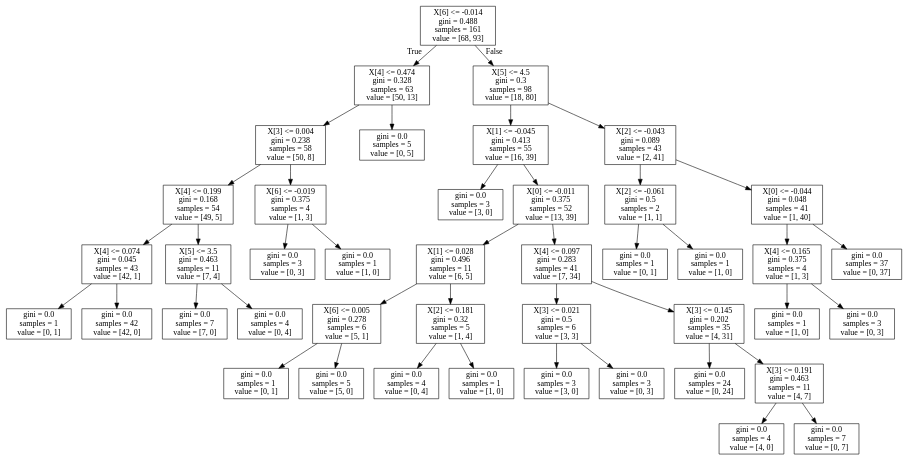
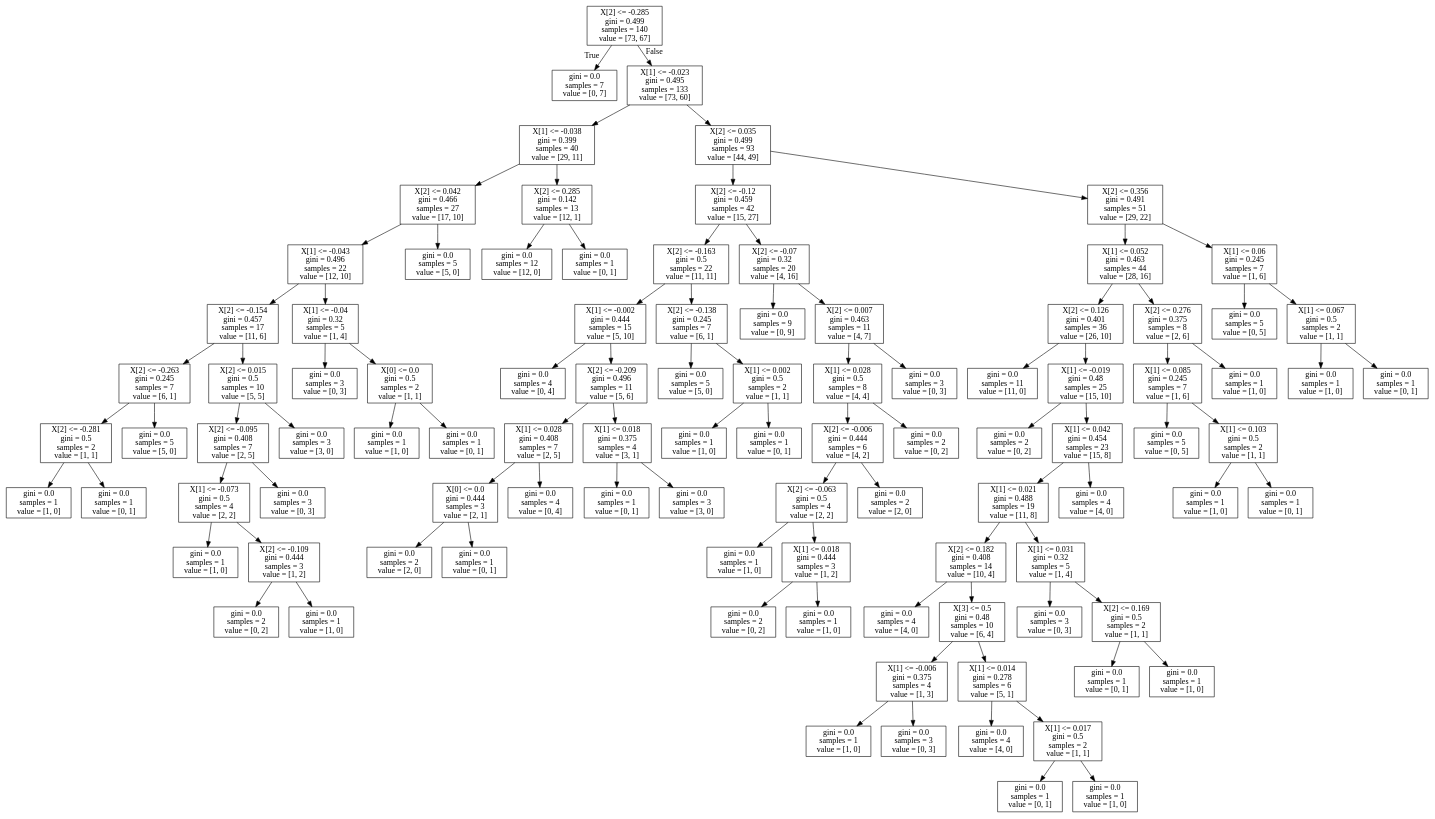
One commit to LimboRift/wkzq changed the diagram in tre.dot. Above: the diagram before and after it, drawn with Graphviz. The commit also changed 19 other files, not shown here.

```diff
--- a/tre.dot
+++ b/tre.dot
@@ -1,88 +1,200 @@
 digraph Tree {
 node [shape=box] ;
-0 [label="X[6] <= -0.014\ngini = 0.488\nsamples = 161\nvalue = [68, 93]"] ;
-1 [label="X[4] <= 0.474\ngini = 0.328\nsamples = 63\nvalue = [50, 13]"] ;
+0 [label="X[2] <= -0.285\ngini = 0.499\nsamples = 140\nvalue = [73, 67]"] ;
+1 [label="gini = 0.0\nsamples = 7\nvalue = [0, 7]"] ;
 0 -> 1 [labeldistance=2.5, labelangle=45, headlabel="True"] ;
-2 [label="X[3] <= 0.004\ngini = 0.238\nsamples = 58\nvalue = [50, 8]"] ;
-1 -> 2 ;
-3 [label="X[4] <= 0.199\ngini = 0.168\nsamples = 54\nvalue = [49, 5]"] ;
+2 [label="X[1] <= -0.023\ngini = 0.495\nsamples = 133\nvalue = [73, 60]"] ;
+0 -> 2 [labeldistance=2.5, labelangle=-45, headlabel="False"] ;
+3 [label="X[1] <= -0.038\ngini = 0.399\nsamples = 40\nvalue = [29, 11]"] ;
 2 -> 3 ;
-4 [label="X[4] <= 0.074\ngini = 0.045\nsamples = 43\nvalue = [42, 1]"] ;
+4 [label="X[2] <= 0.042\ngini = 0.466\nsamples = 27\nvalue = [17, 10]"] ;
 3 -> 4 ;
-5 [label="gini = 0.0\nsamples = 1\nvalue = [0, 1]"] ;
+5 [label="X[1] <= -0.043\ngini = 0.496\nsamples = 22\nvalue = [12, 10]"] ;
 4 -> 5 ;
-6 [label="gini = 0.0\nsamples = 42\nvalue = [42, 0]"] ;
-4 -> 6 ;
-7 [label="X[5] <= 3.5\ngini = 0.463\nsamples = 11\nvalue = [7, 4]"] ;
-3 -> 7 ;
-8 [label="gini = 0.0\nsamples = 7\nvalue = [7, 0]"] ;
+6 [label="X[2] <= -0.154\ngini = 0.457\nsamples = 17\nvalue = [11, 6]"] ;
+5 -> 6 ;
+7 [label="X[2] <= -0.263\ngini = 0.245\nsamples = 7\nvalue = [6, 1]"] ;
+6 -> 7 ;
+8 [label="X[2] <= -0.281\ngini = 0.5\nsamples = 2\nvalue = [1, 1]"] ;
 7 -> 8 ;
-9 [label="gini = 0.0\nsamples = 4\nvalue = [0, 4]"] ;
-7 -> 9 ;
-10 [label="X[6] <= -0.019\ngini = 0.375\nsamples = 4\nvalue = [1, 3]"] ;
-2 -> 10 ;
-11 [label="gini = 0.0\nsamples = 3\nvalue = [0, 3]"] ;
-10 -> 11 ;
-12 [label="gini = 0.0\nsamples = 1\nvalue = [1, 0]"] ;
-10 -> 12 ;
-13 [label="gini = 0.0\nsamples = 5\nvalue = [0, 5]"] ;
-1 -> 13 ;
-14 [label="X[5] <= 4.5\ngini = 0.3\nsamples = 98\nvalue = [18, 80]"] ;
-0 -> 14 [labeldistance=2.5, labelangle=-45, headlabel="False"] ;
-15 [label="X[1] <= -0.045\ngini = 0.413\nsamples = 55\nvalue = [16, 39]"] ;
+9 [label="gini = 0.0\nsamples = 1\nvalue = [1, 0]"] ;
+8 -> 9 ;
+10 [label="gini = 0.0\nsamples = 1\nvalue = [0, 1]"] ;
+8 -> 10 ;
+11 [label="gini = 0.0\nsamples = 5\nvalue = [5, 0]"] ;
+7 -> 11 ;
+12 [label="X[2] <= 0.015\ngini = 0.5\nsamples = 10\nvalue = [5, 5]"] ;
+6 -> 12 ;
+13 [label="X[2] <= -0.095\ngini = 0.408\nsamples = 7\nvalue = [2, 5]"] ;
+12 -> 13 ;
+14 [label="X[1] <= -0.073\ngini = 0.5\nsamples = 4\nvalue = [2, 2]"] ;
+13 -> 14 ;
+15 [label="gini = 0.0\nsamples = 1\nvalue = [1, 0]"] ;
 14 -> 15 ;
-16 [label="gini = 0.0\nsamples = 3\nvalue = [3, 0]"] ;
-15 -> 16 ;
-17 [label="X[0] <= -0.011\ngini = 0.375\nsamples = 52\nvalue = [13, 39]"] ;
-15 -> 17 ;
-18 [label="X[1] <= 0.028\ngini = 0.496\nsamples = 11\nvalue = [6, 5]"] ;
-17 -> 18 ;
-19 [label="X[6] <= 0.005\ngini = 0.278\nsamples = 6\nvalue = [5, 1]"] ;
-18 -> 19 ;
-20 [label="gini = 0.0\nsamples = 1\nvalue = [0, 1]"] ;
-19 -> 20 ;
-21 [label="gini = 0.0\nsamples = 5\nvalue = [5, 0]"] ;
-19 -> 21 ;
-22 [label="X[2] <= 0.181\ngini = 0.32\nsamples = 5\nvalue = [1, 4]"] ;
-18 -> 22 ;
-23 [label="gini = 0.0\nsamples = 4\nvalue = [0, 4]"] ;
-22 -> 23 ;
+16 [label="X[2] <= -0.109\ngini = 0.444\nsamples = 3\nvalue = [1, 2]"] ;
+14 -> 16 ;
+17 [label="gini = 0.0\nsamples = 2\nvalue = [0, 2]"] ;
+16 -> 17 ;
+18 [label="gini = 0.0\nsamples = 1\nvalue = [1, 0]"] ;
+16 -> 18 ;
+19 [label="gini = 0.0\nsamples = 3\nvalue = [0, 3]"] ;
+13 -> 19 ;
+20 [label="gini = 0.0\nsamples = 3\nvalue = [3, 0]"] ;
+12 -> 20 ;
+21 [label="X[1] <= -0.04\ngini = 0.32\nsamples = 5\nvalue = [1, 4]"] ;
+5 -> 21 ;
+22 [label="gini = 0.0\nsamples = 3\nvalue = [0, 3]"] ;
+21 -> 22 ;
+23 [label="X[0] <= 0.0\ngini = 0.5\nsamples = 2\nvalue = [1, 1]"] ;
+21 -> 23 ;
 24 [label="gini = 0.0\nsamples = 1\nvalue = [1, 0]"] ;
-22 -> 24 ;
-25 [label="X[4] <= 0.097\ngini = 0.283\nsamples = 41\nvalue = [7, 34]"] ;
-17 -> 25 ;
-26 [label="X[3] <= 0.021\ngini = 0.5\nsamples = 6\nvalue = [3, 3]"] ;
-25 -> 26 ;
-27 [label="gini = 0.0\nsamples = 3\nvalue = [3, 0]"] ;
-26 -> 27 ;
-28 [label="gini = 0.0\nsamples = 3\nvalue = [0, 3]"] ;
-26 -> 28 ;
-29 [label="X[3] <= 0.145\ngini = 0.202\nsamples = 35\nvalue = [4, 31]"] ;
-25 -> 29 ;
-30 [label="gini = 0.0\nsamples = 24\nvalue = [0, 24]"] ;
-29 -> 30 ;
-31 [label="X[3] <= 0.191\ngini = 0.463\nsamples = 11\nvalue = [4, 7]"] ;
-29 -> 31 ;
-32 [label="gini = 0.0\nsamples = 4\nvalue = [4, 0]"] ;
+23 -> 24 ;
+25 [label="gini = 0.0\nsamples = 1\nvalue = [0, 1]"] ;
+23 -> 25 ;
+26 [label="gini = 0.0\nsamples = 5\nvalue = [5, 0]"] ;
+4 -> 26 ;
+27 [label="X[2] <= 0.285\ngini = 0.142\nsamples = 13\nvalue = [12, 1]"] ;
+3 -> 27 ;
+28 [label="gini = 0.0\nsamples = 12\nvalue = [12, 0]"] ;
+27 -> 28 ;
+29 [label="gini = 0.0\nsamples = 1\nvalue = [0, 1]"] ;
+27 -> 29 ;
+30 [label="X[2] <= 0.035\ngini = 0.499\nsamples = 93\nvalue = [44, 49]"] ;
+2 -> 30 ;
+31 [label="X[2] <= -0.12\ngini = 0.459\nsamples = 42\nvalue = [15, 27]"] ;
+30 -> 31 ;
+32 [label="X[2] <= -0.163\ngini = 0.5\nsamples = 22\nvalue = [11, 11]"] ;
 31 -> 32 ;
-33 [label="gini = 0.0\nsamples = 7\nvalue = [0, 7]"] ;
-31 -> 33 ;
-34 [label="X[2] <= -0.043\ngini = 0.089\nsamples = 43\nvalue = [2, 41]"] ;
-14 -> 34 ;
-35 [label="X[2] <= -0.061\ngini = 0.5\nsamples = 2\nvalue = [1, 1]"] ;
-34 -> 35 ;
-36 [label="gini = 0.0\nsamples = 1\nvalue = [0, 1]"] ;
+33 [label="X[1] <= -0.002\ngini = 0.444\nsamples = 15\nvalue = [5, 10]"] ;
+32 -> 33 ;
+34 [label="gini = 0.0\nsamples = 4\nvalue = [0, 4]"] ;
+33 -> 34 ;
+35 [label="X[2] <= -0.209\ngini = 0.496\nsamples = 11\nvalue = [5, 6]"] ;
+33 -> 35 ;
+36 [label="X[1] <= 0.028\ngini = 0.408\nsamples = 7\nvalue = [2, 5]"] ;
 35 -> 36 ;
-37 [label="gini = 0.0\nsamples = 1\nvalue = [1, 0]"] ;
-35 -> 37 ;
-38 [label="X[0] <= -0.044\ngini = 0.048\nsamples = 41\nvalue = [1, 40]"] ;
-34 -> 38 ;
-39 [label="X[4] <= 0.165\ngini = 0.375\nsamples = 4\nvalue = [1, 3]"] ;
-38 -> 39 ;
-40 [label="gini = 0.0\nsamples = 1\nvalue = [1, 0]"] ;
-39 -> 40 ;
-41 [label="gini = 0.0\nsamples = 3\nvalue = [0, 3]"] ;
-39 -> 41 ;
-42 [label="gini = 0.0\nsamples = 37\nvalue = [0, 37]"] ;
-38 -> 42 ;
+37 [label="X[0] <= 0.0\ngini = 0.444\nsamples = 3\nvalue = [2, 1]"] ;
+36 -> 37 ;
+38 [label="gini = 0.0\nsamples = 2\nvalue = [2, 0]"] ;
+37 -> 38 ;
+39 [label="gini = 0.0\nsamples = 1\nvalue = [0, 1]"] ;
+37 -> 39 ;
+40 [label="gini = 0.0\nsamples = 4\nvalue = [0, 4]"] ;
+36 -> 40 ;
+41 [label="X[1] <= 0.018\ngini = 0.375\nsamples = 4\nvalue = [3, 1]"] ;
+35 -> 41 ;
+42 [label="gini = 0.0\nsamples = 1\nvalue = [0, 1]"] ;
+41 -> 42 ;
+43 [label="gini = 0.0\nsamples = 3\nvalue = [3, 0]"] ;
+41 -> 43 ;
+44 [label="X[2] <= -0.138\ngini = 0.245\nsamples = 7\nvalue = [6, 1]"] ;
+32 -> 44 ;
+45 [label="gini = 0.0\nsamples = 5\nvalue = [5, 0]"] ;
+44 -> 45 ;
+46 [label="X[1] <= 0.002\ngini = 0.5\nsamples = 2\nvalue = [1, 1]"] ;
+44 -> 46 ;
+47 [label="gini = 0.0\nsamples = 1\nvalue = [1, 0]"] ;
+46 -> 47 ;
+48 [label="gini = 0.0\nsamples = 1\nvalue = [0, 1]"] ;
+46 -> 48 ;
+49 [label="X[2] <= -0.07\ngini = 0.32\nsamples = 20\nvalue = [4, 16]"] ;
+31 -> 49 ;
+50 [label="gini = 0.0\nsamples = 9\nvalue = [0, 9]"] ;
+49 -> 50 ;
+51 [label="X[2] <= 0.007\ngini = 0.463\nsamples = 11\nvalue = [4, 7]"] ;
+49 -> 51 ;
+52 [label="X[1] <= 0.028\ngini = 0.5\nsamples = 8\nvalue = [4, 4]"] ;
+51 -> 52 ;
+53 [label="X[2] <= -0.006\ngini = 0.444\nsamples = 6\nvalue = [4, 2]"] ;
+52 -> 53 ;
+54 [label="X[2] <= -0.063\ngini = 0.5\nsamples = 4\nvalue = [2, 2]"] ;
+53 -> 54 ;
+55 [label="gini = 0.0\nsamples = 1\nvalue = [1, 0]"] ;
+54 -> 55 ;
+56 [label="X[1] <= 0.018\ngini = 0.444\nsamples = 3\nvalue = [1, 2]"] ;
+54 -> 56 ;
+57 [label="gini = 0.0\nsamples = 2\nvalue = [0, 2]"] ;
+56 -> 57 ;
+58 [label="gini = 0.0\nsamples = 1\nvalue = [1, 0]"] ;
+56 -> 58 ;
+59 [label="gini = 0.0\nsamples = 2\nvalue = [2, 0]"] ;
+53 -> 59 ;
+60 [label="gini = 0.0\nsamples = 2\nvalue = [0, 2]"] ;
+52 -> 60 ;
+61 [label="gini = 0.0\nsamples = 3\nvalue = [0, 3]"] ;
+51 -> 61 ;
+62 [label="X[2] <= 0.356\ngini = 0.491\nsamples = 51\nvalue = [29, 22]"] ;
+30 -> 62 ;
+63 [label="X[1] <= 0.052\ngini = 0.463\nsamples = 44\nvalue = [28, 16]"] ;
+62 -> 63 ;
+64 [label="X[2] <= 0.126\ngini = 0.401\nsamples = 36\nvalue = [26, 10]"] ;
+63 -> 64 ;
+65 [label="gini = 0.0\nsamples = 11\nvalue = [11, 0]"] ;
+64 -> 65 ;
+66 [label="X[1] <= -0.019\ngini = 0.48\nsamples = 25\nvalue = [15, 10]"] ;
+64 -> 66 ;
+67 [label="gini = 0.0\nsamples = 2\nvalue = [0, 2]"] ;
+66 -> 67 ;
+68 [label="X[1] <= 0.042\ngini = 0.454\nsamples = 23\nvalue = [15, 8]"] ;
+66 -> 68 ;
+69 [label="X[1] <= 0.021\ngini = 0.488\nsamples = 19\nvalue = [11, 8]"] ;
+68 -> 69 ;
+70 [label="X[2] <= 0.182\ngini = 0.408\nsamples = 14\nvalue = [10, 4]"] ;
+69 -> 70 ;
+71 [label="gini = 0.0\nsamples = 4\nvalue = [4, 0]"] ;
+70 -> 71 ;
+72 [label="X[3] <= 0.5\ngini = 0.48\nsamples = 10\nvalue = [6, 4]"] ;
+70 -> 72 ;
+73 [label="X[1] <= -0.006\ngini = 0.375\nsamples = 4\nvalue = [1, 3]"] ;
+72 -> 73 ;
+74 [label="gini = 0.0\nsamples = 1\nvalue = [1, 0]"] ;
+73 -> 74 ;
+75 [label="gini = 0.0\nsamples = 3\nvalue = [0, 3]"] ;
+73 -> 75 ;
+76 [label="X[1] <= 0.014\ngini = 0.278\nsamples = 6\nvalue = [5, 1]"] ;
+72 -> 76 ;
+77 [label="gini = 0.0\nsamples = 4\nvalue = [4, 0]"] ;
+76 -> 77 ;
+78 [label="X[1] <= 0.017\ngini = 0.5\nsamples = 2\nvalue = [1, 1]"] ;
+76 -> 78 ;
+79 [label="gini = 0.0\nsamples = 1\nvalue = [0, 1]"] ;
+78 -> 79 ;
+80 [label="gini = 0.0\nsamples = 1\nvalue = [1, 0]"] ;
+78 -> 80 ;
+81 [label="X[1] <= 0.031\ngini = 0.32\nsamples = 5\nvalue = [1, 4]"] ;
+69 -> 81 ;
+82 [label="gini = 0.0\nsamples = 3\nvalue = [0, 3]"] ;
+81 -> 82 ;
+83 [label="X[2] <= 0.169\ngini = 0.5\nsamples = 2\nvalue = [1, 1]"] ;
+81 -> 83 ;
+84 [label="gini = 0.0\nsamples = 1\nvalue = [0, 1]"] ;
+83 -> 84 ;
+85 [label="gini = 0.0\nsamples = 1\nvalue = [1, 0]"] ;
+83 -> 85 ;
+86 [label="gini = 0.0\nsamples = 4\nvalue = [4, 0]"] ;
+68 -> 86 ;
+87 [label="X[2] <= 0.276\ngini = 0.375\nsamples = 8\nvalue = [2, 6]"] ;
+63 -> 87 ;
+88 [label="X[1] <= 0.085\ngini = 0.245\nsamples = 7\nvalue = [1, 6]"] ;
+87 -> 88 ;
+89 [label="gini = 0.0\nsamples = 5\nvalue = [0, 5]"] ;
+88 -> 89 ;
+90 [label="X[1] <= 0.103\ngini = 0.5\nsamples = 2\nvalue = [1, 1]"] ;
+88 -> 90 ;
+91 [label="gini = 0.0\nsamples = 1\nvalue = [1, 0]"] ;
+90 -> 91 ;
+92 [label="gini = 0.0\nsamples = 1\nvalue = [0, 1]"] ;
+90 -> 92 ;
+93 [label="gini = 0.0\nsamples = 1\nvalue = [1, 0]"] ;
+87 -> 93 ;
+94 [label="X[1] <= 0.06\ngini = 0.245\nsamples = 7\nvalue = [1, 6]"] ;
+62 -> 94 ;
+95 [label="gini = 0.0\nsamples = 5\nvalue = [0, 5]"] ;
+94 -> 95 ;
+96 [label="X[1] <= 0.067\ngini = 0.5\nsamples = 2\nvalue = [1, 1]"] ;
+94 -> 96 ;
+97 [label="gini = 0.0\nsamples = 1\nvalue = [1, 0]"] ;
+96 -> 97 ;
+98 [label="gini = 0.0\nsamples = 1\nvalue = [0, 1]"] ;
+96 -> 98 ;
 }
```
